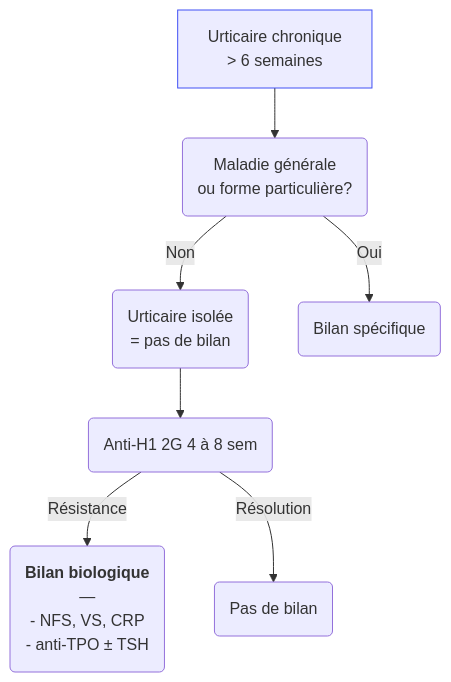
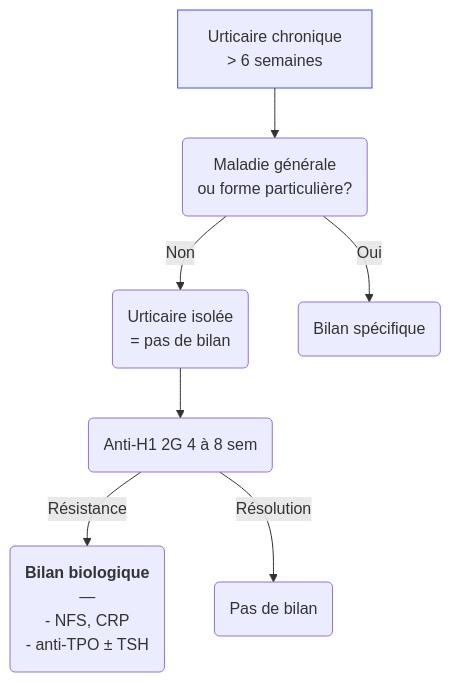
Before and after one commit to djibe/recommandations-medicales: the second of 2 diagrams in content/recommandations/urticaire.md, drawn with Mermaid. The commit also changed other lines of this file and 13 other files, not shown here.

```diff
--- a/content/recommandations/urticaire.md
+++ b/content/recommandations/urticaire.md
@@ -423,9 +423,9 @@
 {{< mermaid title="Conduite à tenir et prise en charge d'une urticaire chronique. Dr JB Fron d'après ANAES 2003" >}}
 graph TB
   UC["Urticaire chronique<br>&gt; 6 semaines"] --> orientation("Maladie générale<br>ou forme particulière?")
   style UC stroke:#4150f5, stroke-width:1px
     orientation -- Non --> isolee("Urticaire isolée<br>= pas de bilan") --> ttt1(Anti-H1 2G 4 à 8 sem)
-        ttt1 -- Résistance --> bilan("<b>Bilan biologique</b><br>—<br>- NFS, VS, CRP<br>- anti-TPO ± TSH")
+        ttt1 -- Résistance --> bilan("<b>Bilan biologique</b><br>—<br>- NFS, CRP<br>- anti-TPO ± TSH")
         ttt1 -- Résolution --> fin(Pas de bilan)
     orientation -- Oui --> maladie(Bilan spécifique)
 {{< /mermaid >}}
```
